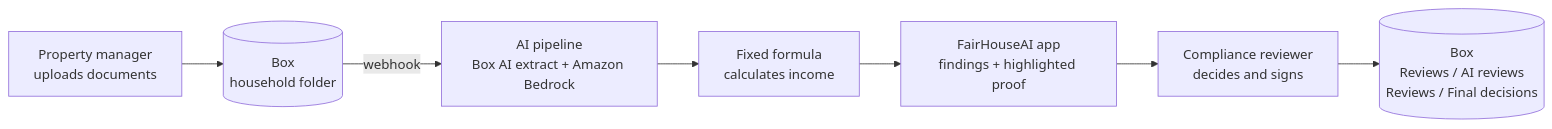
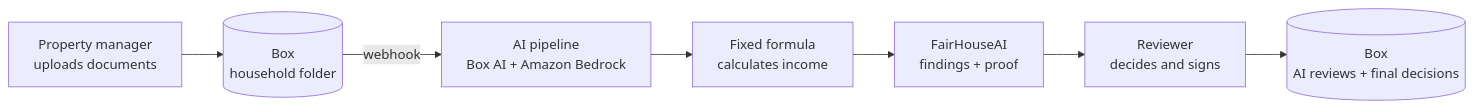
The diagram in README.md (seapeppers/fairHouseAi), drawn with Mermaid before and after one commit. The commit also changed other lines of this file and 1 other file, not shown here.

````diff
--- a/README.md
+++ b/README.md
@@ -31,9 +29,9 @@
 ```mermaid
 flowchart LR
     PM[Property manager<br/>uploads documents] --> BOX[(Box<br/>household folder)]
-    BOX -- webhook --> AI[AI pipeline<br/>Box AI extract + Amazon Bedrock]
+    BOX -- webhook --> AI[AI pipeline<br/>Box AI + Amazon Bedrock]
     AI --> CALC[Fixed formula<br/>calculates income]
-    CALC --> APP[FairHouseAI app<br/>findings + highlighted proof]
-    APP --> R[Compliance reviewer<br/>decides and signs]
-    R --> OUT[(Box<br/>Reviews / AI reviews<br/>Reviews / Final decisions)]
+    CALC --> APP[FairHouseAI<br/>findings + proof]
+    APP --> R[Reviewer<br/>decides and signs]
+    R --> OUT[(Box<br/>AI reviews + final decisions)]
 ```
````
